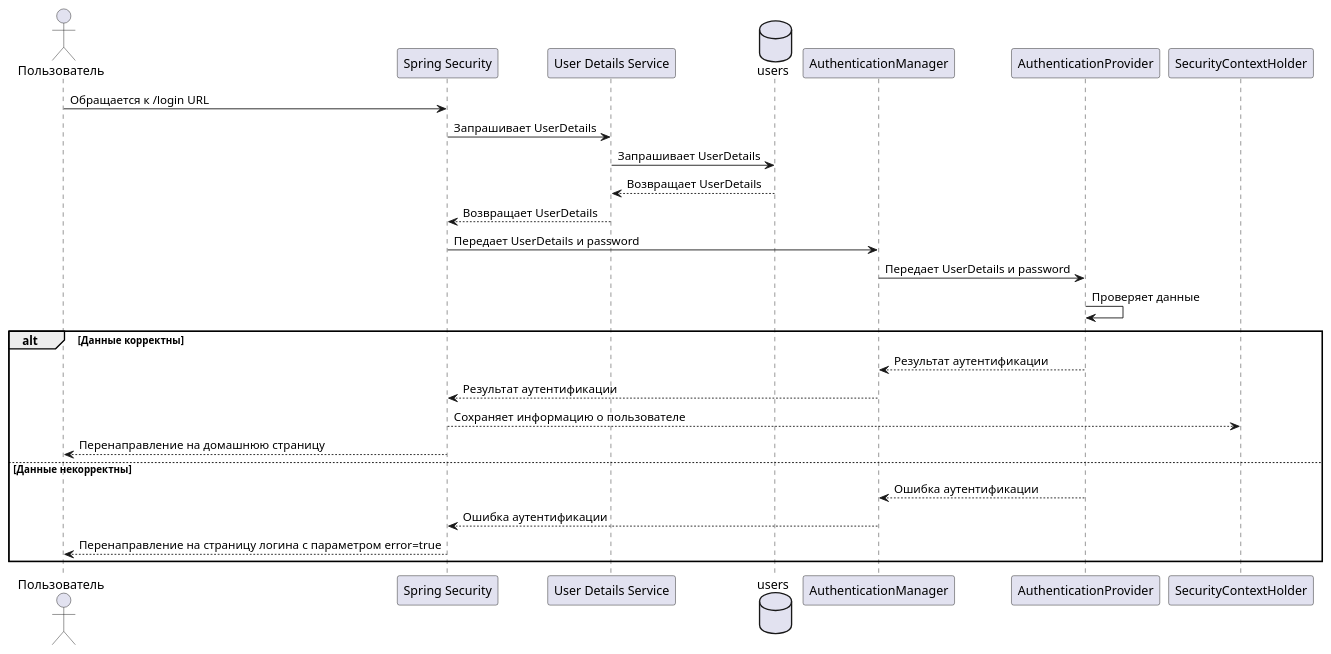
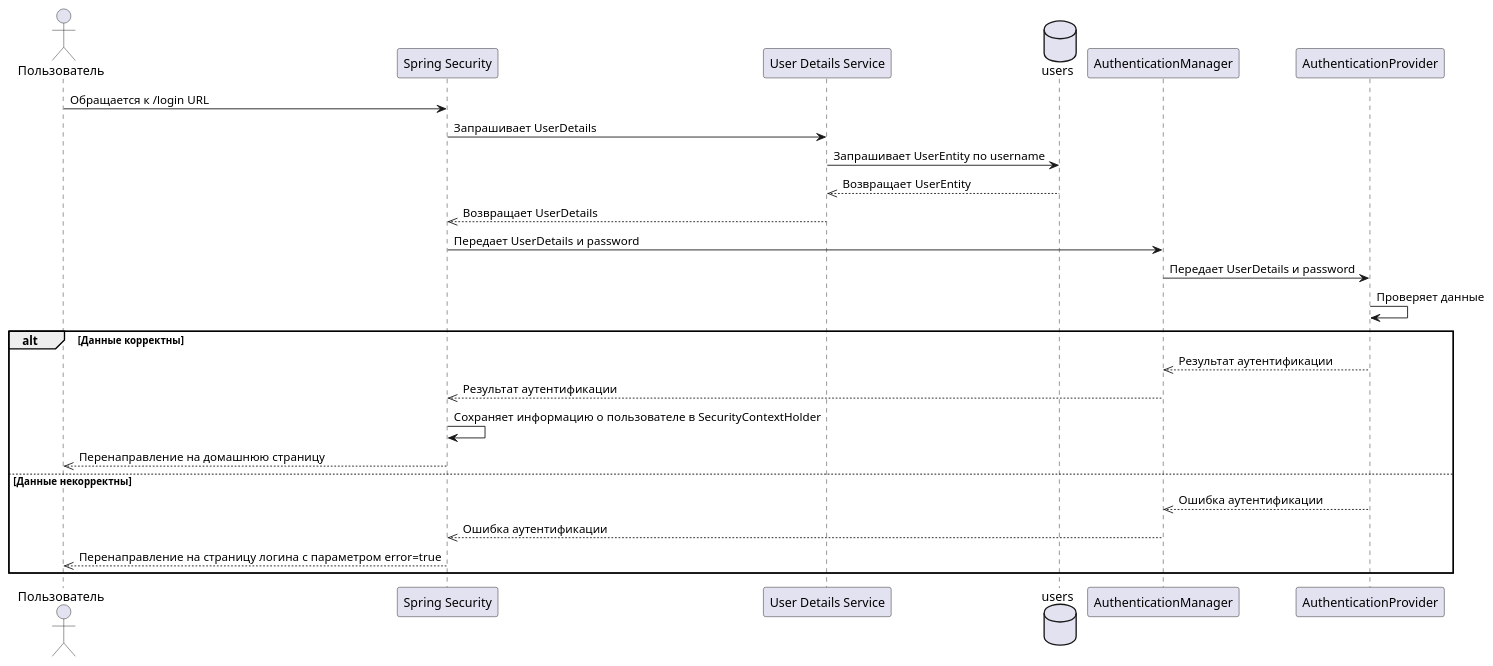
One commit to plpk84/guitar-school changed the diagram in security-login-sequence.puml. Above: the diagram before and after it, drawn with PlantUML.

Commit message:
minor sequence settings

```diff
--- a/security-login-sequence.puml
+++ b/security-login-sequence.puml
@@ -1,28 +1,27 @@
 @startuml
 actor Пользователь
 participant "Spring Security" as SS
 participant "User Details Service" as UDS
 database "users"
 participant "AuthenticationManager" as AM
 participant "AuthenticationProvider" as AP
-participant "SecurityContextHolder" as SCH
 
 Пользователь -> SS : Обращается к /login URL
 SS -> UDS : Запрашивает UserDetails
-UDS -> users: Запрашивает UserDetails
-users --> UDS : Возвращает UserDetails
-UDS --> SS : Возвращает UserDetails
+UDS -> users: Запрашивает UserEntity по username
+users -->>  UDS : Возвращает UserEntity
+UDS -->>  SS : Возвращает UserDetails
 SS ->AM: Передает UserDetails и password
-AM->AP: Передает UserDetails и password
-AP->AP: Проверяет данные
+AM ->AP: Передает UserDetails и password
+AP ->AP: Проверяет данные
 alt Данные корректны
-    AP --> AM : Результат аутентификации
-    AM --> SS : Результат аутентификации
-    SS --> SCH : Сохраняет информацию о пользователе
-    SS --> Пользователь : Перенаправление на домашнюю страницу
+    AP -->> AM : Результат аутентификации
+    AM -->> SS : Результат аутентификации
+    SS -> SS : Сохраняет информацию о пользователе в SecurityContextHolder
+    SS -->> Пользователь : Перенаправление на домашнюю страницу
 else Данные некорректны
-    AP --> AM : Ошибка аутентификации
-    AM --> SS : Ошибка аутентификации
-    SS --> Пользователь : Перенаправление на страницу логина с параметром error=true
+    AP -->>  AM : Ошибка аутентификации
+    AM -->>  SS : Ошибка аутентификации
+    SS -->> Пользователь : Перенаправление на страницу логина с параметром error=true
 end
 @enduml
```
